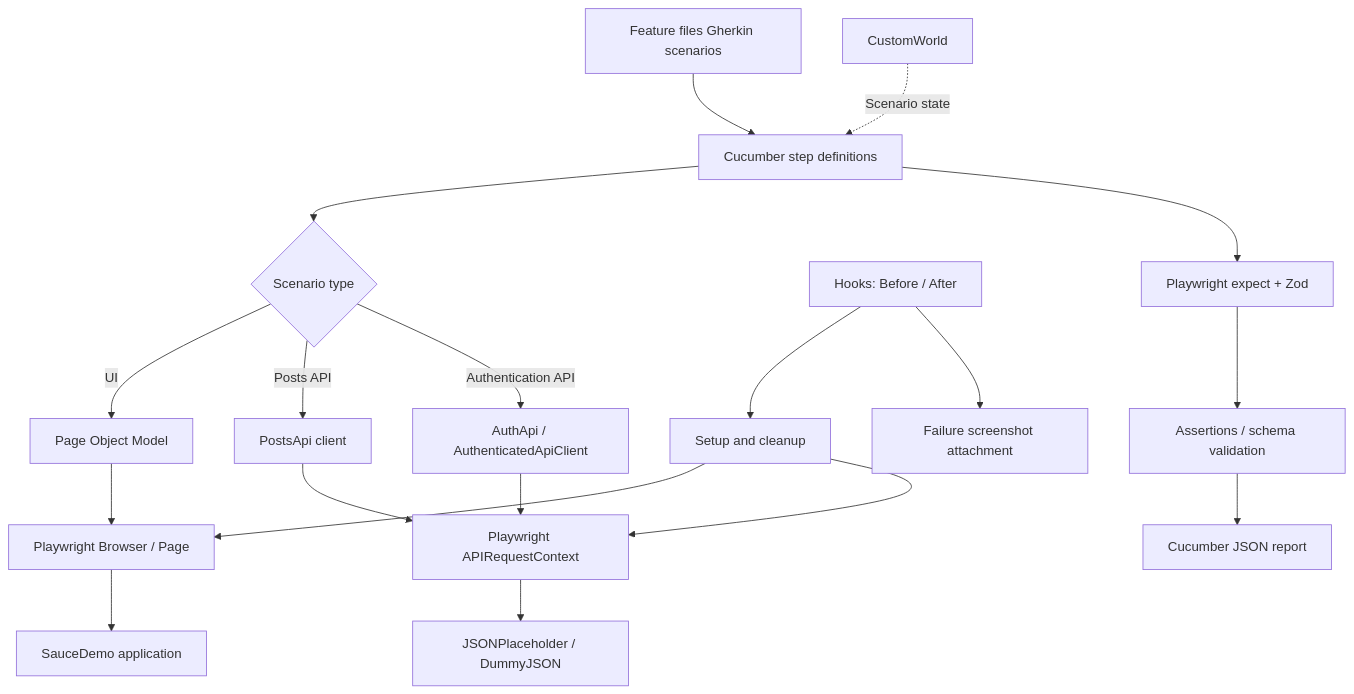
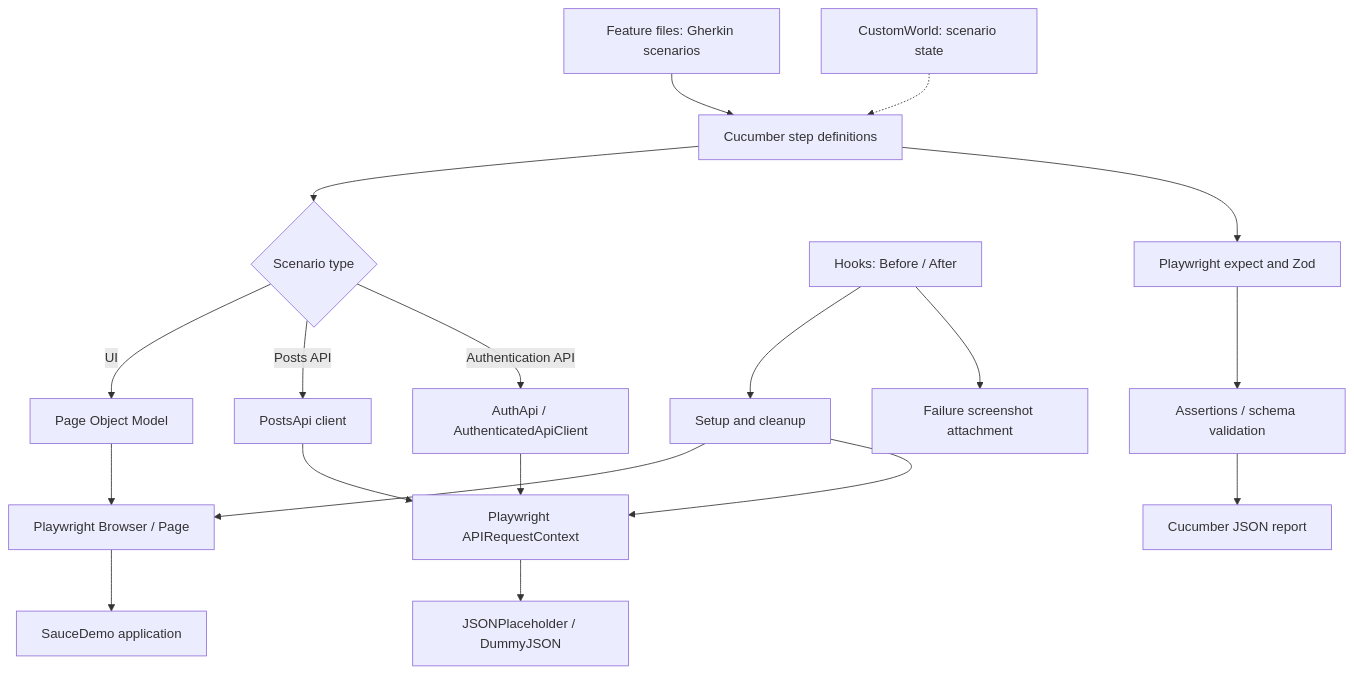
One commit to ankit19apr/sauce-demo-playwright-cucumber changed the first of 6 diagrams in README.md. Above: the diagram before and after it, drawn with Mermaid. The commit also changed other lines of this file, not shown here.

````diff
--- a/README.md
+++ b/README.md
@@ -59,21 +56,21 @@
 ```mermaid
 flowchart TD
-A["Feature files Gherkin scenarios"] --> B["Cucumber step definitions"]
+A["Feature files: Gherkin scenarios"] --> B["Cucumber step definitions"]
 B --> C{"Scenario type"}
 C -->|UI| D["Page Object Model"]
 C -->|Posts API| E["PostsApi client"]
 C -->|Authentication API| F["AuthApi / AuthenticatedApiClient"]
 D --> G["Playwright Browser / Page"]
 E --> H["Playwright APIRequestContext"]
 F --> H
 G --> I["SauceDemo application"]
 H --> J["JSONPlaceholder / DummyJSON"]
-K["CustomWorld"] -. "Scenario state" .-> B
+K["CustomWorld: scenario state"] -.-> B
 L["Hooks: Before / After"] --> M["Setup and cleanup"]
 M --> G
 M --> H
-N["Playwright expect + Zod"] --> O["Assertions / schema validation"]
-B --> N
+B --> N["Playwright expect and Zod"]
+N --> O["Assertions / schema validation"]
 O --> P["Cucumber JSON report"]
 L --> Q["Failure screenshot attachment"]
 ```
````
